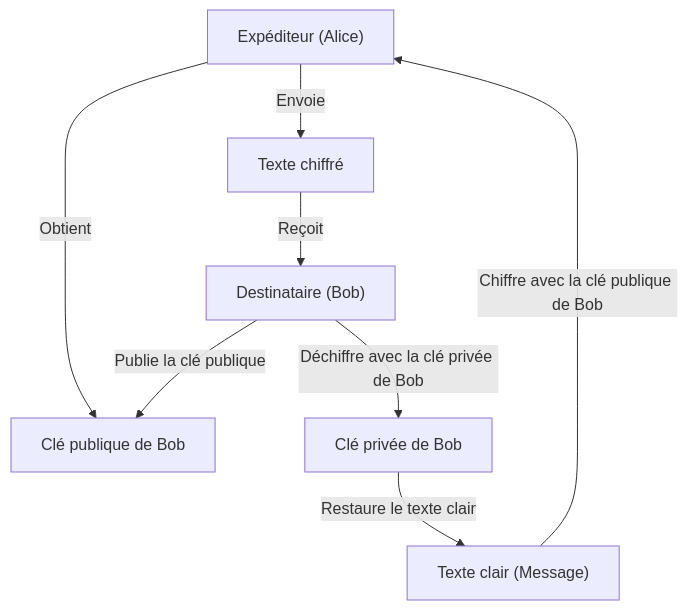
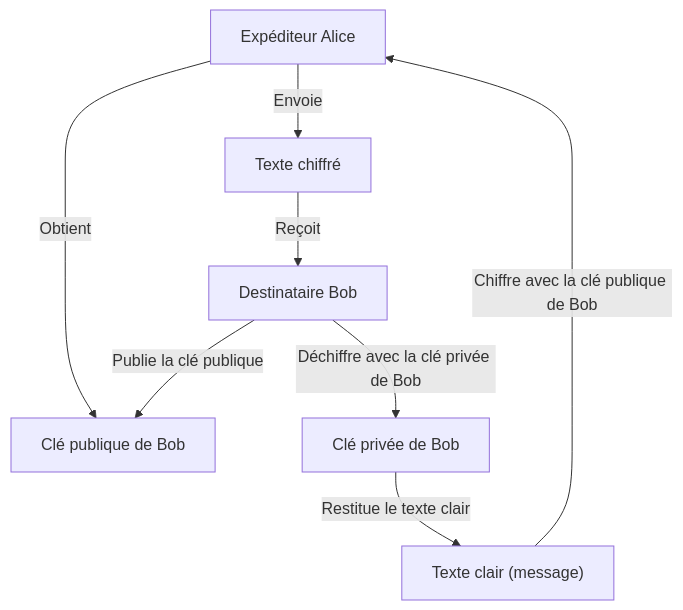
Before and after one commit to kenjinote/blog: the first of 3 diagrams in content/post/modern-cryptography-public-key-hash-signature/index.fr.md, drawn with Mermaid. The commit also changed other lines of this file and 6 other files, not shown here.

````diff
--- a/content/post/modern-cryptography-public-key-hash-signature/index.fr.md
+++ b/content/post/modern-cryptography-public-key-hash-signature/index.fr.md
@@ -37,17 +36,16 @@
 ```mermaid
 graph TD
-    A["Expéditeur (Alice)"]
-    B["Destinataire (Bob)"]
+    A["Expéditeur Alice"]
+    B["Destinataire Bob"]
     K_Pub["Clé publique de Bob"]
     K_Priv["Clé privée de Bob"]
-    P["Texte clair (Message)"]
+    P["Texte clair (message)"]
     C["Texte chiffré"]
-
     B -->|"Publie la clé publique"| K_Pub
     A -->|"Obtient"| K_Pub
     P -->|"Chiffre avec la clé publique de Bob"| A
     A -->|"Envoie"| C
     C -->|"Reçoit"| B
     B -->|"Déchiffre avec la clé privée de Bob"| K_Priv
-    K_Priv -->|"Restaure le texte clair"| P
+    K_Priv -->|"Restitue le texte clair"| P
 ```
````
